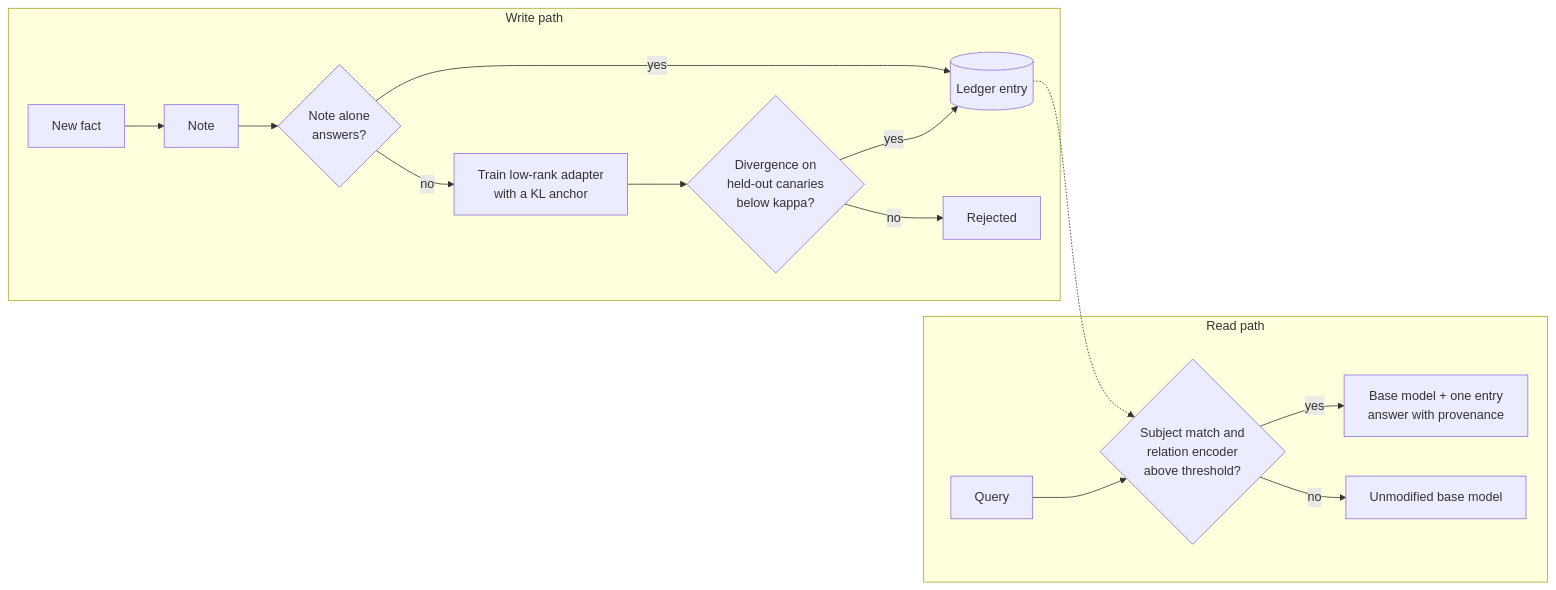
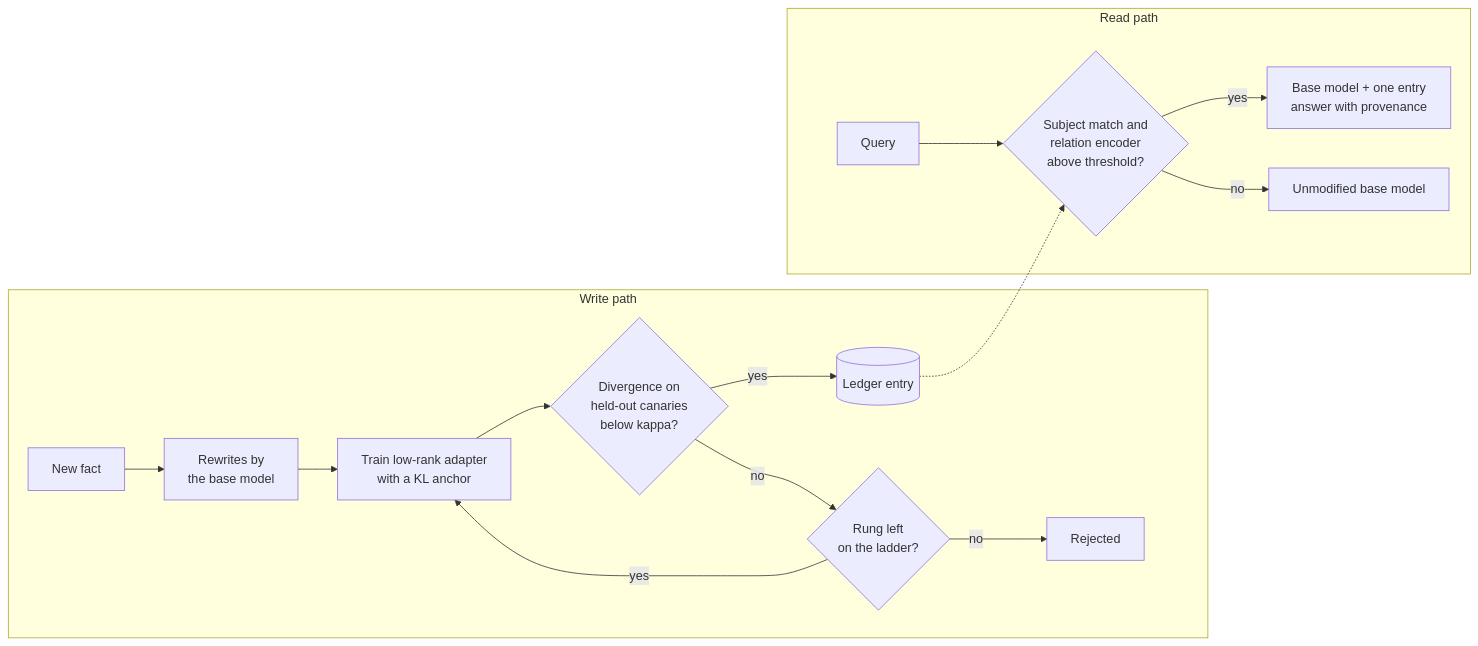
The diagram in README.md (kaelvalen/relic), drawn with Mermaid before and after one commit. The commit also changed other lines of this file, not shown here.

````diff
--- a/README.md
+++ b/README.md
@@ -25,18 +24,18 @@
 ```mermaid
 flowchart LR
     subgraph write [Write path]
-        F[New fact] --> N[Note]
-        N --> T{Note alone<br/>answers?}
-        T -- no --> A[Train low-rank adapter<br/>with a KL anchor]
+        F[New fact] --> W[Rewrites by<br/>the base model]
+        W --> A[Train low-rank adapter<br/>with a KL anchor]
         A --> G{Divergence on<br/>held-out canaries<br/>below kappa?}
         G -- yes --> S[(Ledger entry)]
-        G -- no --> R[Rejected]
-        T -- yes --> S
+        G -- no --> L{Rung left<br/>on the ladder?}
+        L -- yes --> A
+        L -- no --> R[Rejected]
     end
     subgraph read [Read path]
         Q[Query] --> M{Subject match and<br/>relation encoder<br/>above threshold?}
         M -- yes --> E[Base model + one entry<br/>answer with provenance]
         M -- no --> B[Unmodified base model]
     end
     S -.-> M
 ```
````
